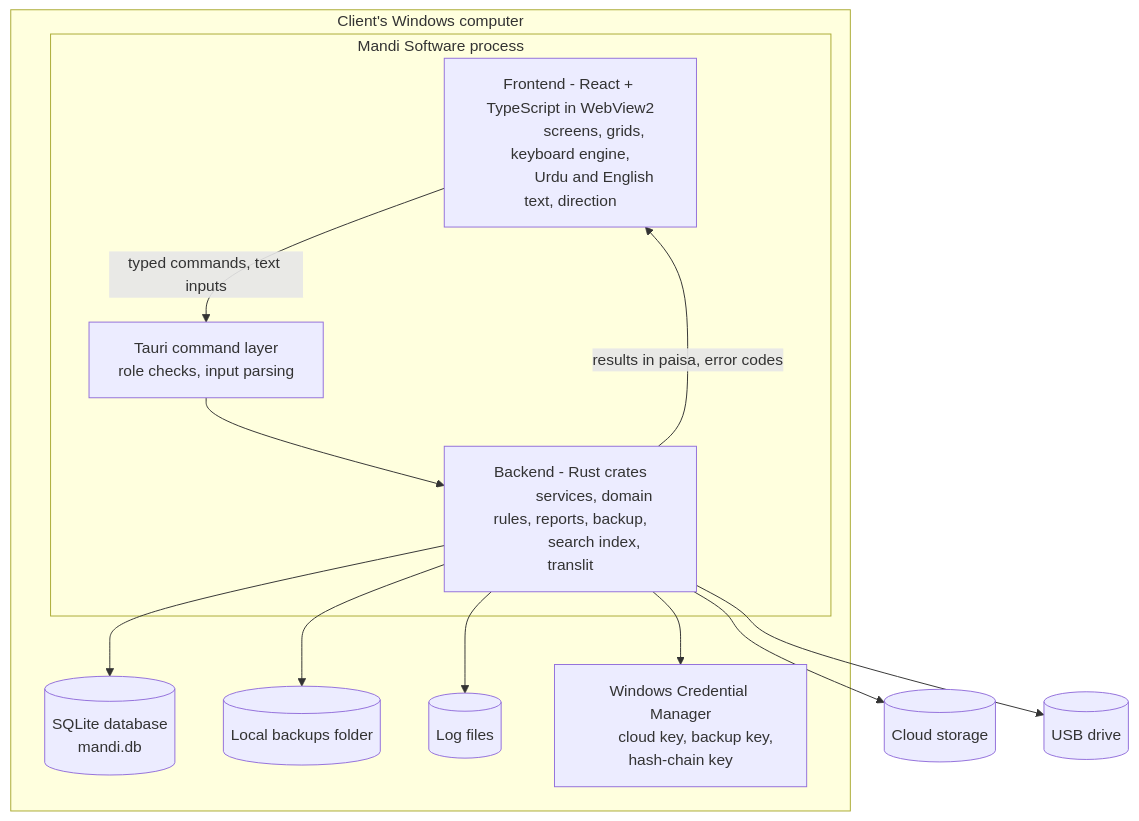
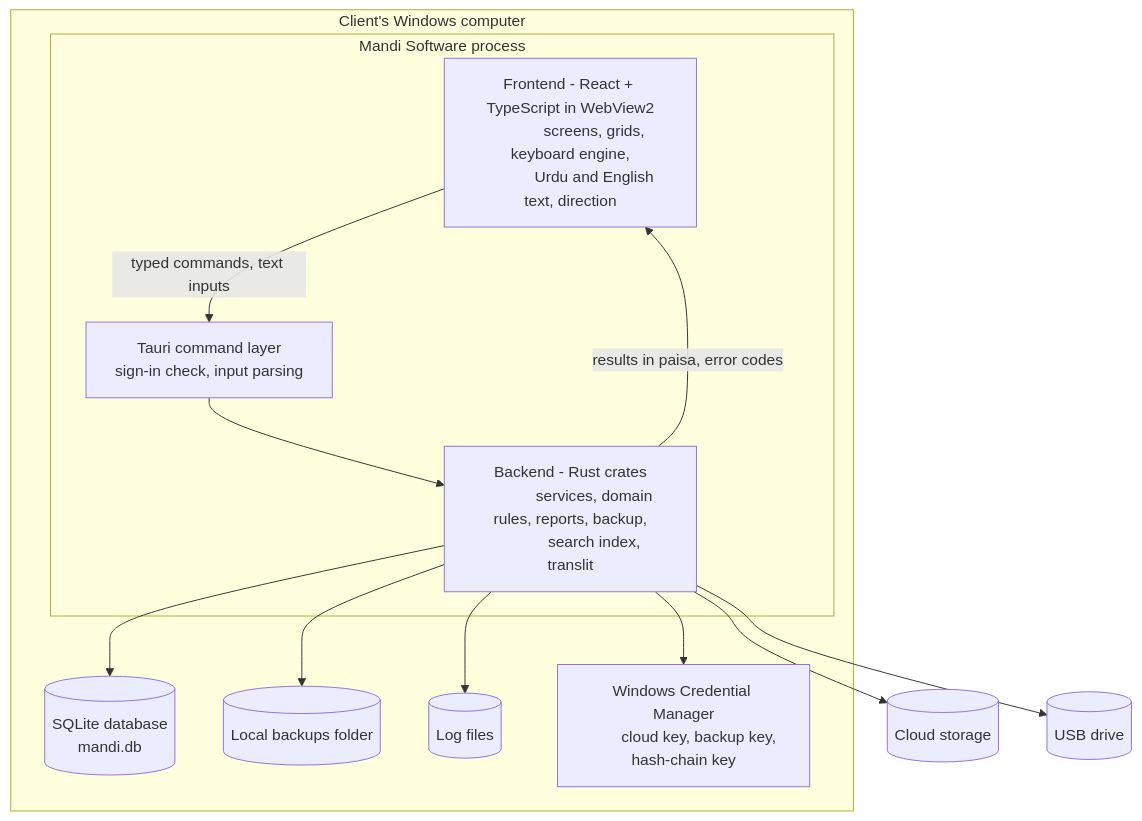
One commit to FaisalHanif12/Fruits-Mandi-Software changed the second of 26 diagrams in .claude/rules/Architecture_v1.md. Above: the diagram before and after it, drawn with Mermaid. The commit also changed other lines of this file and 1119 other files, not shown here.

````diff
--- a/.claude/rules/Architecture_v1.md
+++ b/.claude/rules/Architecture_v1.md
@@ -71,33 +67,33 @@
 ```mermaid
 flowchart TB
     subgraph PC["Client's Windows computer"]
         subgraph APP["Mandi Software process"]
             FE["Frontend - React + TypeScript in WebView2
             screens, grids, keyboard engine,
             Urdu and English text, direction"]
             CMD["Tauri command layer
-            role checks, input parsing"]
+            sign-in check, input parsing"]
             BE["Backend - Rust crates
             services, domain rules, reports, backup,
             search index, translit"]
         end
         DB[("SQLite database
         mandi.db")]
         LB[("Local backups folder")]
         LOG[("Log files")]
         KEY["Windows Credential Manager
         cloud key, backup key, hash-chain key"]
     end
     CLOUD[("Cloud storage")]
     USB[("USB drive")]
 
     FE -- "typed commands, text inputs" --> CMD
     CMD --> BE
     BE -- "results in paisa, error codes" --> FE
     BE --> DB
     BE --> LB
     BE --> LOG
     BE --> KEY
     BE --> CLOUD
     BE --> USB
 ```
````
